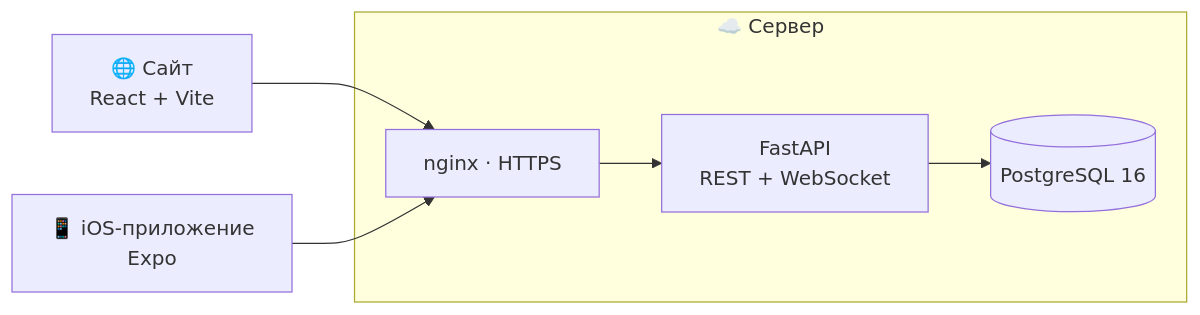
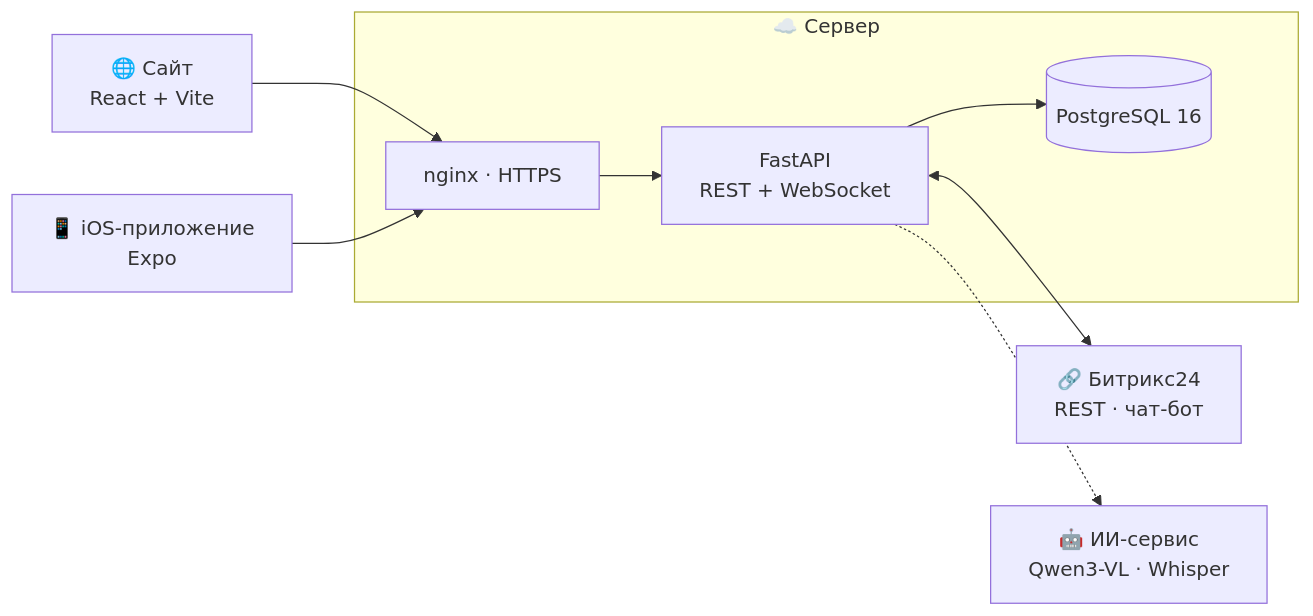
One commit to Modus-trade/.github changed the first of 2 diagrams in profile/README.md. Above: the diagram before and after it, drawn with Mermaid. The commit also changed other lines of this file, not shown here.

Commit message:
README: Битрикс24, чат-бот, инструкции и ответы, актуальные возможности

````diff
--- a/profile/README.md
+++ b/profile/README.md
@@ -116,9 +120,11 @@
 ```mermaid
 flowchart LR
     W["🌐 Сайт<br/>React + Vite"] --> N
     M["📱 iOS-приложение<br/>Expo"] --> N
     subgraph S["☁️ Сервер"]
         N["nginx · HTTPS"] --> B["FastAPI<br/>REST + WebSocket"]
         B --> D[("PostgreSQL 16")]
     end
+    B <--> X["🔗 Битрикс24<br/>REST · чат-бот"]
+    B -.-> AI["🤖 ИИ-сервис<br/>Qwen3-VL · Whisper"]
 ```
````
